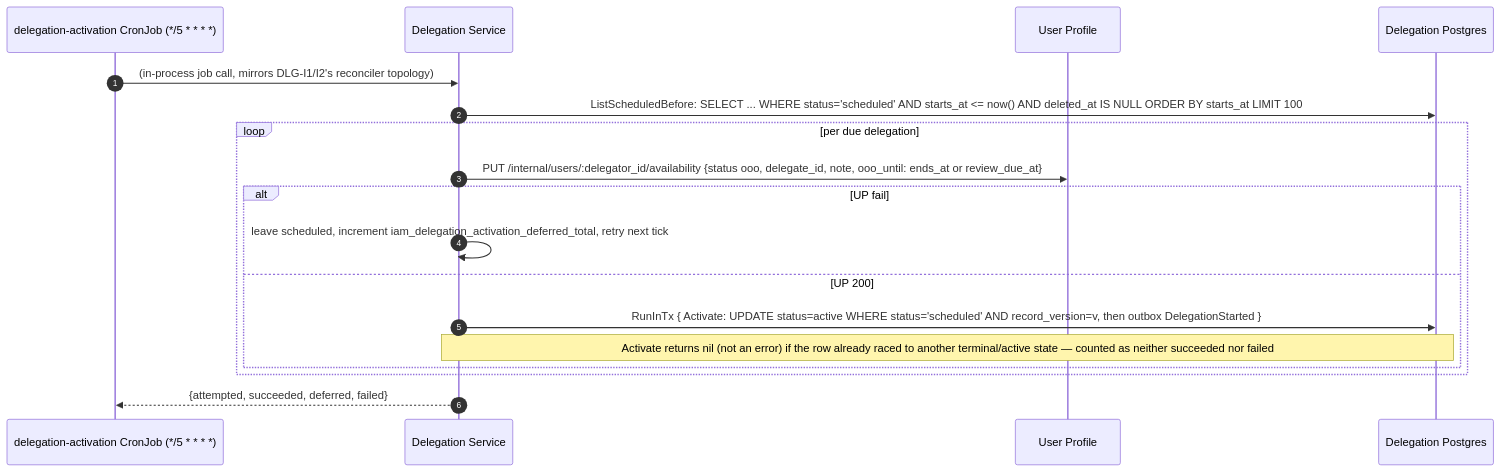
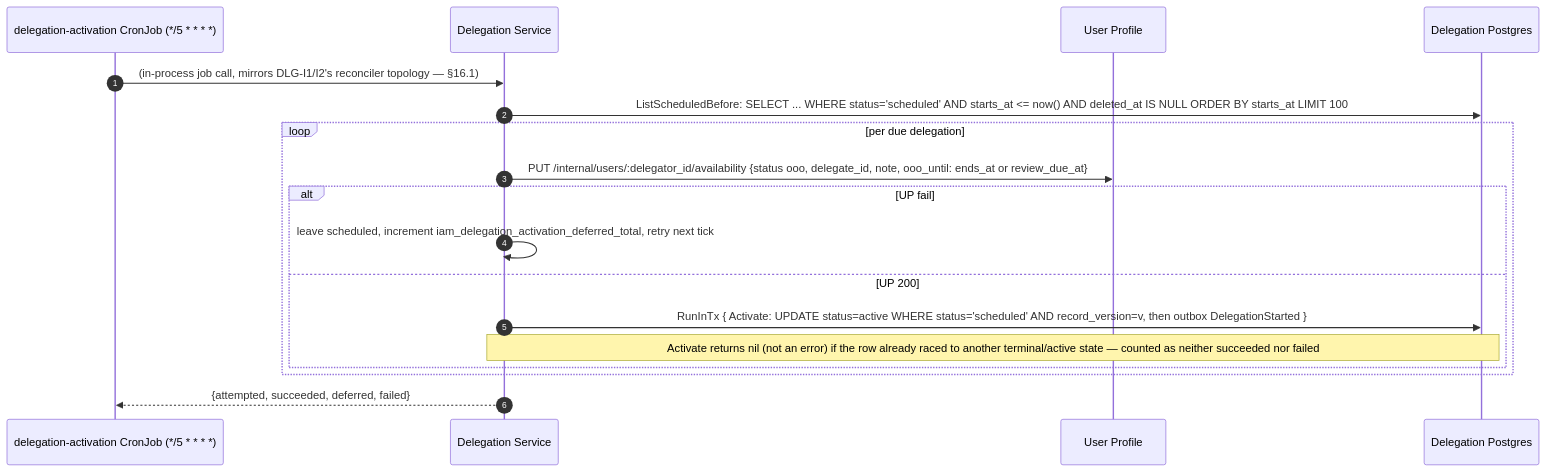
One commit to BCBP-SOLUTIONS-FZC-LLC/iam-delegation changed the sixth of 13 diagrams in ARCHITECTURE.md. Above: the diagram before and after it, drawn with Mermaid. The commit also changed other lines of this file and 48 other files, not shown here.

````diff
--- a/ARCHITECTURE.md
+++ b/ARCHITECTURE.md
@@ -400,21 +409,21 @@
 ```mermaid
 sequenceDiagram
     autonumber
     participant CR as delegation-activation CronJob (*/5 * * * *)
     participant DLG as Delegation Service
     participant UP as User Profile
     participant PG as Delegation Postgres
 
-    CR->>DLG: (in-process job call, mirrors DLG-I1/I2's reconciler topology)
+    CR->>DLG: (in-process job call, mirrors DLG-I1/I2's reconciler topology — §16.1)
     DLG->>PG: ListScheduledBefore: SELECT ... WHERE status='scheduled' AND starts_at <= now() AND deleted_at IS NULL ORDER BY starts_at LIMIT 100
     loop per due delegation
         DLG->>UP: PUT /internal/users/:delegator_id/availability {status ooo, delegate_id, note, ooo_until: ends_at or review_due_at}
         alt UP fail
             DLG->>DLG: leave scheduled, increment iam_delegation_activation_deferred_total, retry next tick
         else UP 200
             DLG->>PG: RunInTx { Activate: UPDATE status=active WHERE status='scheduled' AND record_version=v, then outbox DelegationStarted }
             Note over DLG,PG: Activate returns nil (not an error) if the row already raced to another terminal/active state — counted as neither succeeded nor failed
         end
     end
     DLG-->>CR: {attempted, succeeded, deferred, failed}
 ```
````
